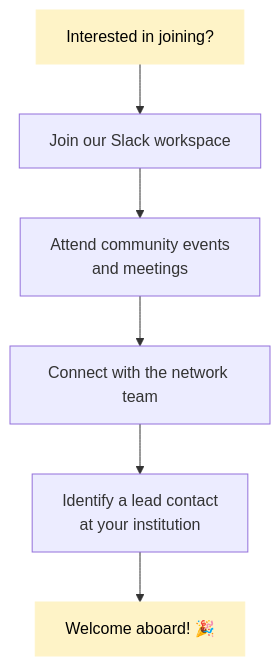
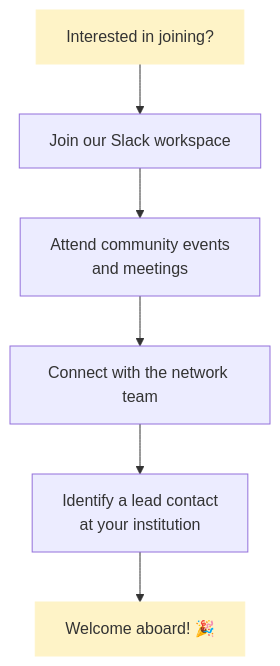
Before and after one commit to UC-OSPO-Network/ucospo.net: the diagram in about/get-involved.md, drawn with Mermaid. The commit also changed 1 other file, not shown here.

Commit message:
Flowchart text color (#340)
* Update CSS

* STY: Remove inline formatting

From local testing it appears that the CSS overrides the inline style, i.e. the color directive could have been set to purple #800080 and it would still appear as #222 (off-black) or whatever is defined in cusstom.css for mermaid text.

So I removed this so that it is clear that the flowchart text color is derived from the CSS file

````diff
--- a/about/get-involved.md
+++ b/about/get-involved.md
@@ -36,11 +36,11 @@
 ```{mermaid}
 flowchart TD
     A["Interested in joining?"] --> B["Join our Slack workspace"]
     B --> C["Attend community events\nand meetings"]
     C --> D["Connect with the network team"]
     D --> E["Identify a lead contact\nat your institution"]
     E --> F["Welcome aboard! 🎉"]
 
-    style A fill:#fef3c7,color:#000,stroke:#fef3c7
-    style F fill:#fef3c7,color:#000,stroke:#fef3c7
+    style A fill:#fef3c7,stroke:#fef3c7
+    style F fill:#fef3c7,stroke:#fef3c7
 ```
````
